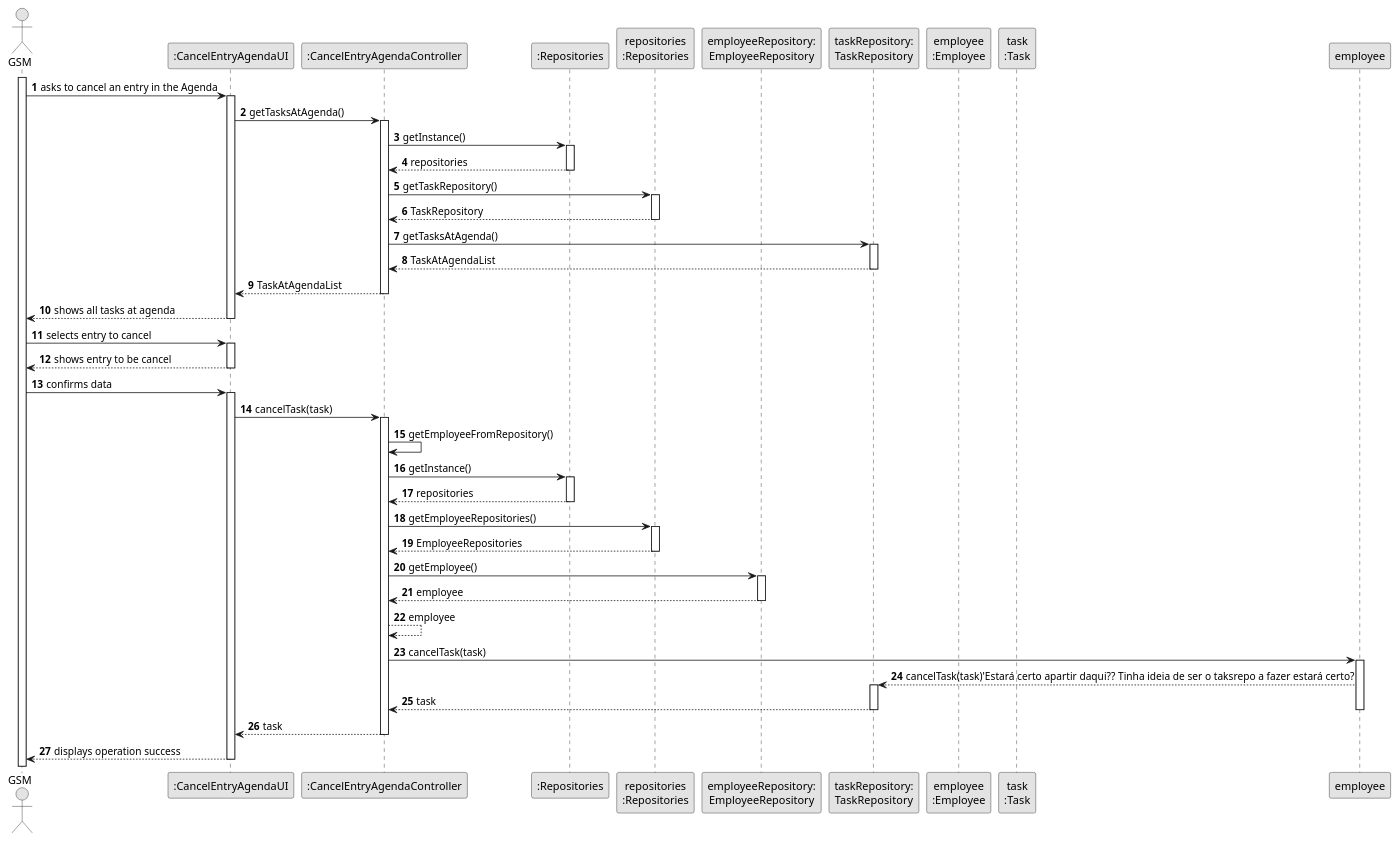
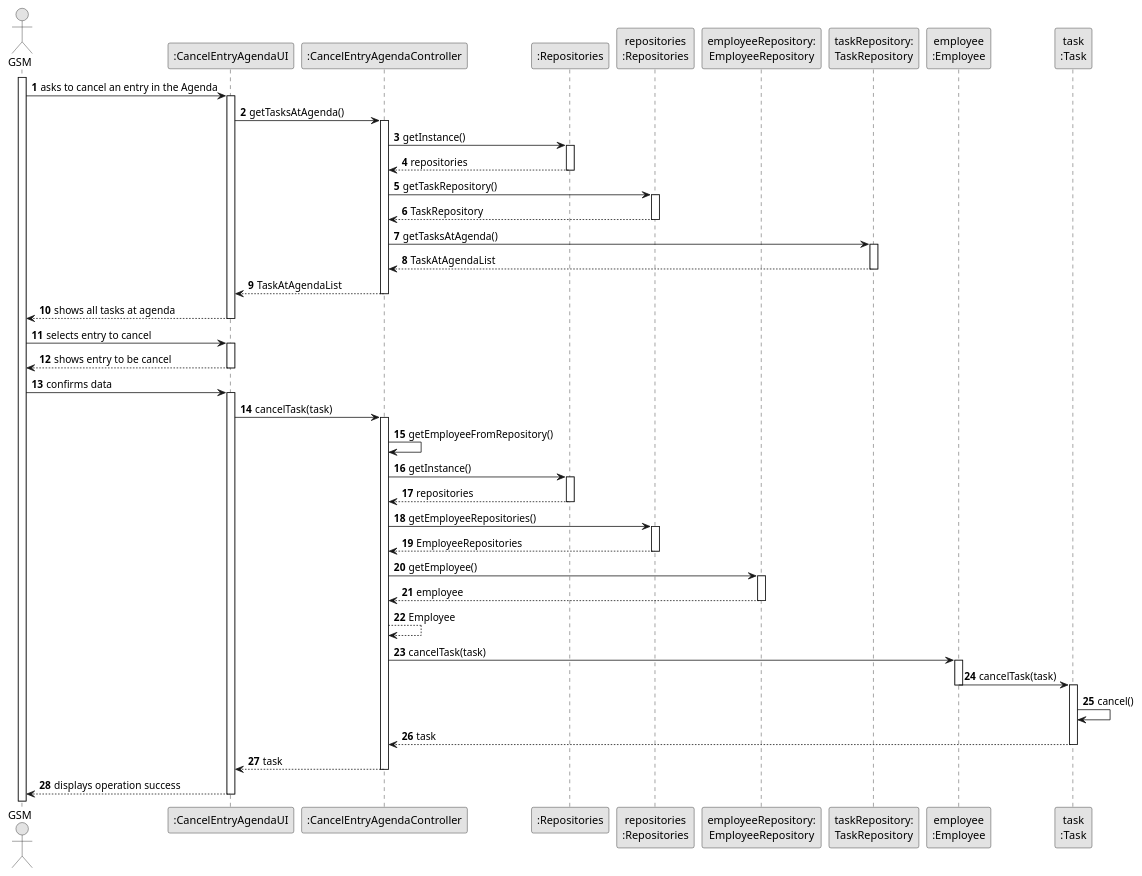
One commit to LopemigueISEP/lei-24-s2-1nb-g312 changed the diagram in docs/sprintC/US025/03.design/puml/us025-sequence-diagram-full.puml. Above: the diagram before and after it, drawn with PlantUML. The commit also changed 1 other file, not shown here.

```diff
--- a/docs/sprintC/US025/03.design/puml/us025-sequence-diagram-full.puml
+++ b/docs/sprintC/US025/03.design/puml/us025-sequence-diagram-full.puml
@@ -1,88 +1,90 @@
 @startuml
 skinparam monochrome true
 skinparam packageStyle rectangle
 skinparam shadowing false
 
 autonumber
 
 actor "GSM" as GSM
 participant ":CancelEntryAgendaUI" as UI
 participant ":CancelEntryAgendaController" as CTRL
 participant ":Repositories" as RepositorySingleton
 participant "repositories\n:Repositories" as PLAT
 participant "employeeRepository:\nEmployeeRepository" as EmployeeRepository
 participant "taskRepository:\nTaskRepository" as TaskRepository
 
 participant "employee\n:Employee" as Employee
 participant "task\n:Task" as Task
 
 activate GSM
 
     GSM -> UI : asks to cancel an entry in the Agenda
     activate UI
         UI -> CTRL : getTasksAtAgenda()
         activate CTRL
 
             CTRL -> RepositorySingleton : getInstance()
             activate RepositorySingleton
 
                 RepositorySingleton --> CTRL: repositories
             deactivate RepositorySingleton
 
             CTRL -> PLAT : getTaskRepository()
             activate PLAT
 
                 PLAT --> CTRL: TaskRepository
             deactivate PLAT
 
             CTRL -> TaskRepository : getTasksAtAgenda()
             activate TaskRepository
 
                 TaskRepository --> CTRL : TaskAtAgendaList
             deactivate TaskRepository
 
 
             CTRL --> UI : TaskAtAgendaList
         deactivate CTRL
 
         UI --> GSM : shows all tasks at agenda
     deactivate UI
 
     GSM -> UI : selects entry to cancel
     activate UI
         UI --> GSM : shows entry to be cancel
     deactivate UI
 
     GSM -> UI : confirms data
     activate UI
         UI -> CTRL: cancelTask(task)
         activate CTRL
             CTRL->CTRL: getEmployeeFromRepository()
             CTRL -> RepositorySingleton : getInstance()
             activate RepositorySingleton
                 RepositorySingleton --> CTRL : repositories
             deactivate RepositorySingleton
             CTRL -> PLAT : getEmployeeRepositories()
             activate PLAT
                 PLAT --> CTRL : EmployeeRepositories
             deactivate PLAT
             CTRL -> EmployeeRepository: getEmployee()
             activate EmployeeRepository
                 EmployeeRepository -->CTRL: employee
             deactivate EmployeeRepository
-            CTRL --> CTRL: employee
-            CTRL -> employee: cancelTask(task)
-            activate employee
-                employee -->TaskRepository: cancelTask(task)'Estará certo apartir daqui?? Tinha ideia de ser o taksrepo a fazer estará certo?
-                activate TaskRepository
-                    TaskRepository --> CTRL: task
-                deactivate TaskRepository
-            deactivate employee
+            CTRL --> CTRL: Employee
+            CTRL -> Employee: cancelTask(task)
+            activate Employee
+                Employee ->Task: cancelTask(task)
+            deactivate Employee
+                activate Task
+                    Task -> Task : cancel()
+                     Task--> CTRL: task
+                deactivate Task
+            deactivate Employee
             CTRL --> UI: task
 
         deactivate CTRL
         UI --> GSM : displays operation success
 
     deactivate UI
 
 @enduml
```
